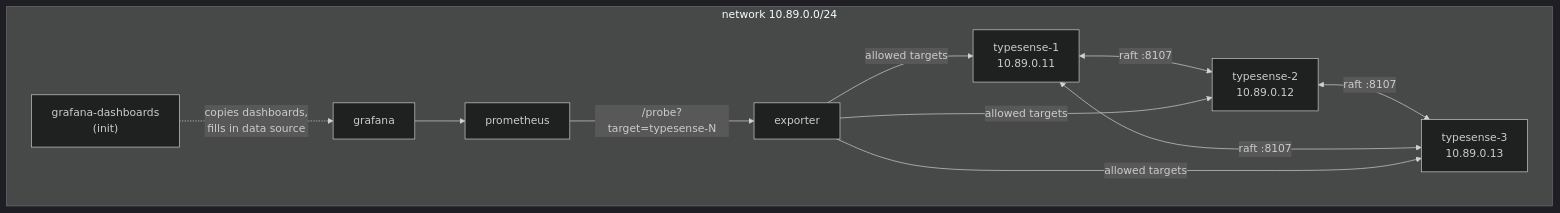
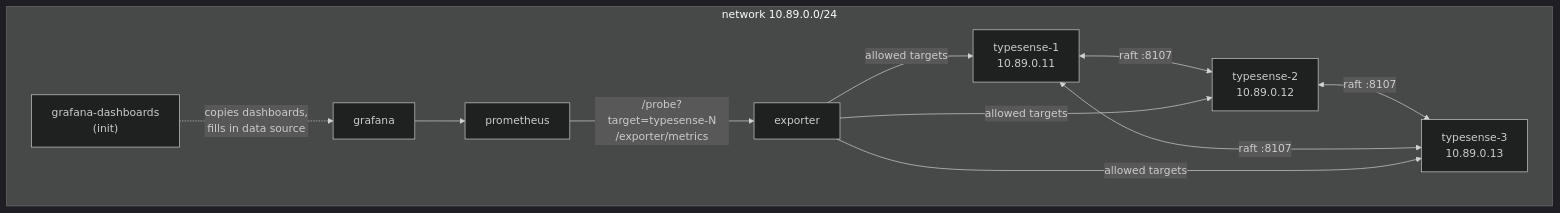
One commit to imatefx/typesense-prometheus-exporter changed the third of 3 diagrams in docs/architecture.md. Above: the diagram before and after it, drawn with Mermaid (dark theme). The commit also changed other lines of this file and 18 other files, not shown here.

Commit message:
Exporter self-metrics at /exporter/metrics, exporter alert rules with promtool tests, e2e on Typesense 30.1 and 27.1

````diff
--- a/docs/architecture.md
+++ b/docs/architecture.md
@@ -93,12 +96,12 @@
 ```mermaid
 flowchart TB
     subgraph net["network 10.89.0.0/24"]
         T1["typesense-1<br/>10.89.0.11"] <-->|raft :8107| T2["typesense-2<br/>10.89.0.12"]
         T2 <-->|raft :8107| T3["typesense-3<br/>10.89.0.13"]
         T1 <-->|raft :8107| T3
         E[exporter] -->|"allowed targets"| T1 & T2 & T3
-        P[prometheus] -->|"/probe?target=typesense-N"| E
+        P[prometheus] -->|"/probe?target=typesense-N<br/>/exporter/metrics"| E
         G[grafana] --> P
         I["grafana-dashboards<br/>(init)"] -.->|"copies dashboards,<br/>fills in data source"| G
     end
 ```
````
